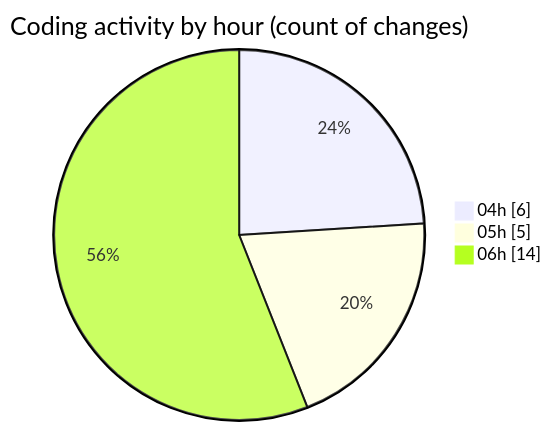
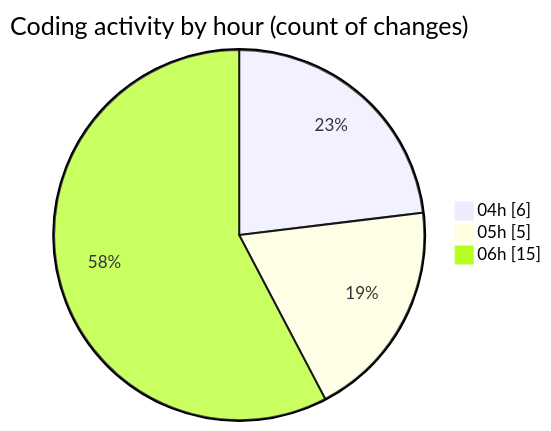
The second of 2 diagrams in 2025-03-23/zeytoon/README.md (vahidmafi/code-tracking), drawn with Mermaid before and after one commit. The commit also changed other lines of this file and 1 other file, not shown here.

````diff
--- a/2025-03-23/zeytoon/README.md
+++ b/2025-03-23/zeytoon/README.md
@@ -36,7 +37,7 @@
 ```mermaid
 pie showData
 title Coding activity by hour (count of changes)
 "04h" : 6
 "05h" : 5
-"06h" : 14
+"06h" : 15
 ```
````
